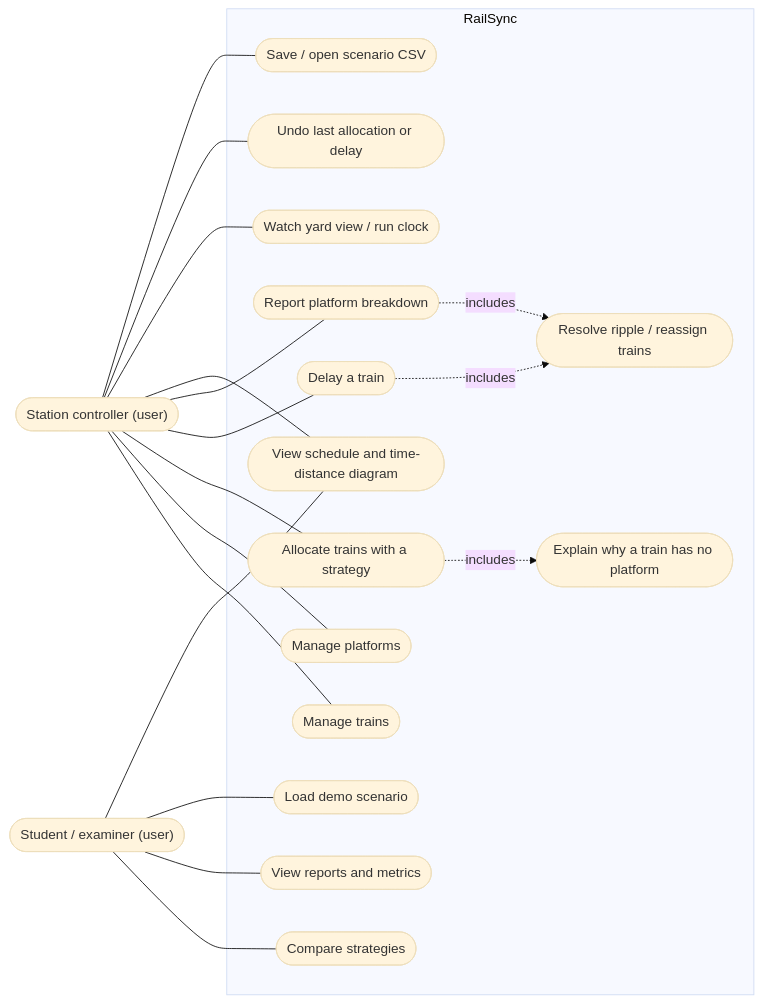
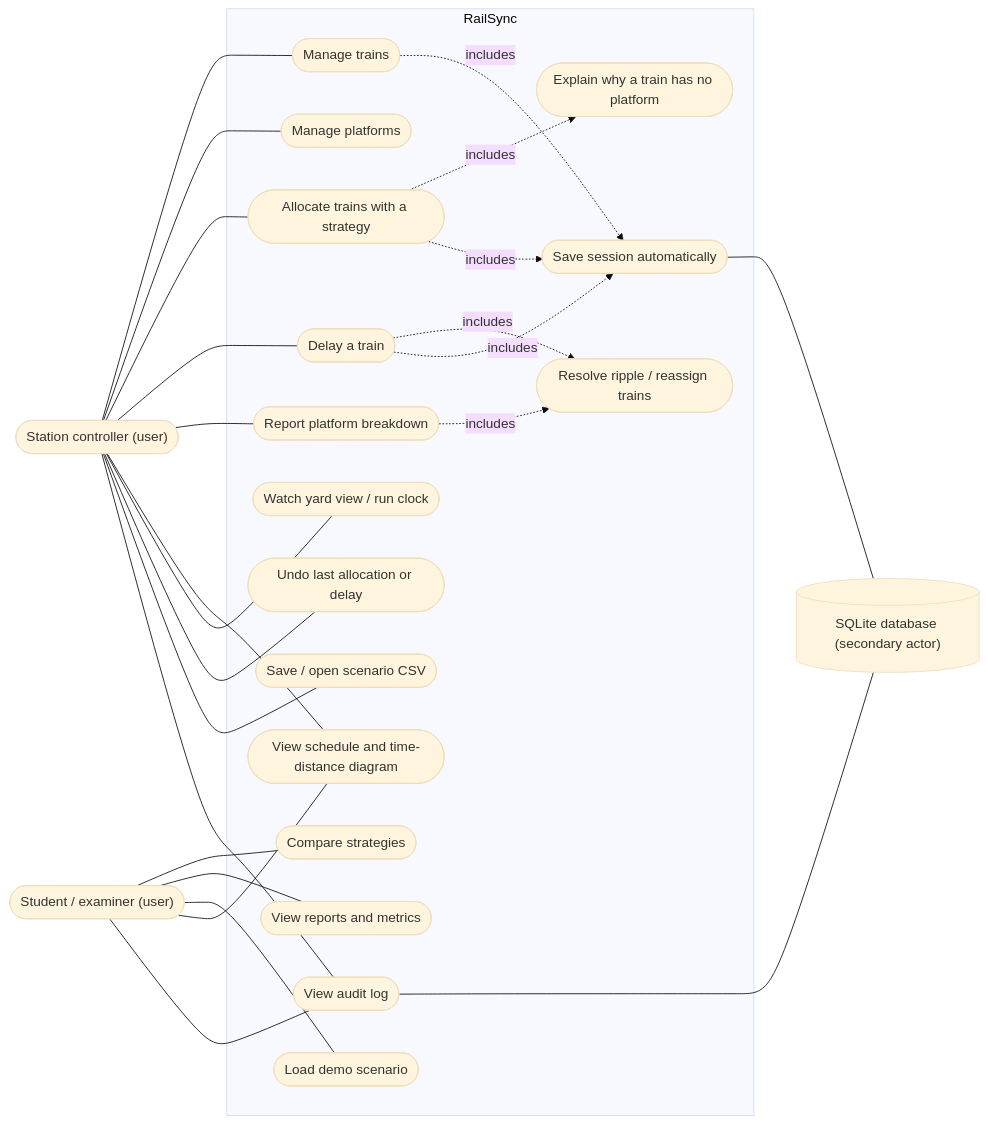
One commit to Taskmaster-afk/RailSync-OOP-Project changed the first of 14 diagrams in docs/UML_DIAGRAMS.md. Above: the diagram before and after it, drawn with Mermaid (base theme). The commit also changed other lines of this file and 38 other files, not shown here.

````diff
--- a/docs/UML_DIAGRAMS.md
+++ b/docs/UML_DIAGRAMS.md
@@ -13,39 +13,49 @@
 ```mermaid
 flowchart LR
     Controller(["Station controller (user)"])
     Examiner(["Student / examiner (user)"])
 
     subgraph RailSync
         UC1([Manage trains])
         UC2([Manage platforms])
         UC3([Allocate trains with a strategy])
         UC4([Delay a train])
         UC5([Report platform breakdown])
         UC6([View schedule and time-distance diagram])
         UC7([Watch yard view / run clock])
         UC8([Compare strategies])
         UC9([View reports and metrics])
         UC10([Save / open scenario CSV])
         UC11([Undo last allocation or delay])
         UC12([Load demo scenario])
         UC13([Explain why a train has no platform])
         UC14([Resolve ripple / reassign trains])
+        UC15([View audit log])
+        UC16([Save session automatically])
     end
+    DB[("SQLite database (secondary actor)")]
 
     Controller --- UC1
     Controller --- UC2
     Controller --- UC3
     Controller --- UC4
     Controller --- UC5
     Controller --- UC6
     Controller --- UC7
     Controller --- UC11
     Controller --- UC10
     Examiner --- UC8
     Examiner --- UC9
     Examiner --- UC12
     Examiner --- UC6
     UC3 -. includes .-> UC13
     UC4 -. includes .-> UC14
     UC5 -. includes .-> UC14
+    Examiner --- UC15
+    Controller --- UC15
+    UC1 -. includes .-> UC16
+    UC3 -. includes .-> UC16
+    UC4 -. includes .-> UC16
+    UC16 --- DB
+    UC15 --- DB
 ```
````
